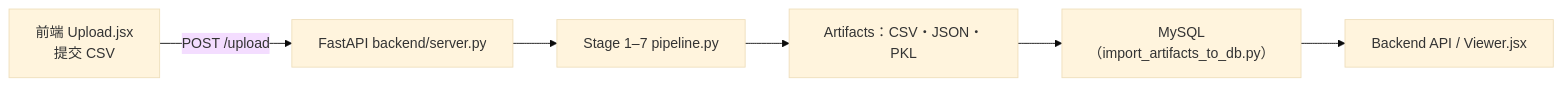
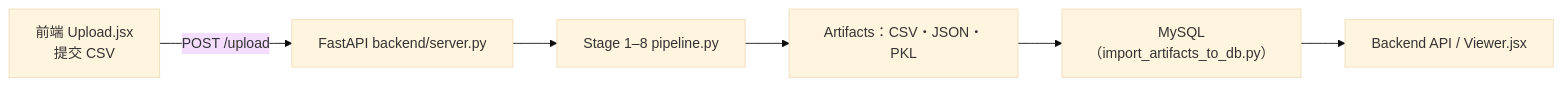
One commit to fuuu555/RFM changed the first of 2 diagrams in README.md. Above: the diagram before and after it, drawn with Mermaid (base theme). The commit also changed other lines of this file and 40 other files, not shown here.

````diff
--- a/README.md
+++ b/README.md
@@ -14,8 +14,8 @@
 ```mermaid
 flowchart LR
     A[前端 Upload.jsx<br/>提交 CSV] -->|POST /upload| B[FastAPI backend/server.py]
-    B --> C[Stage 1–7 pipeline.py]
+    B --> C[Stage 1–8 pipeline.py]
     C --> D[Artifacts：CSV・JSON・PKL]
     D --> E[MySQL（import_artifacts_to_db.py）]
     E --> F[Backend API / Viewer.jsx]
 ```
````
